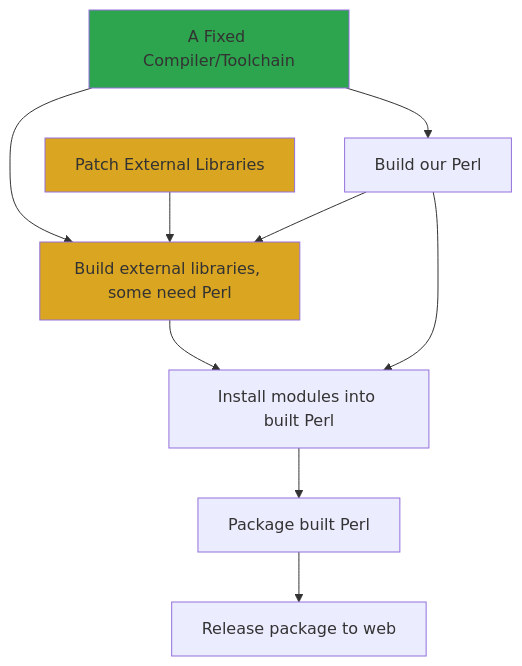
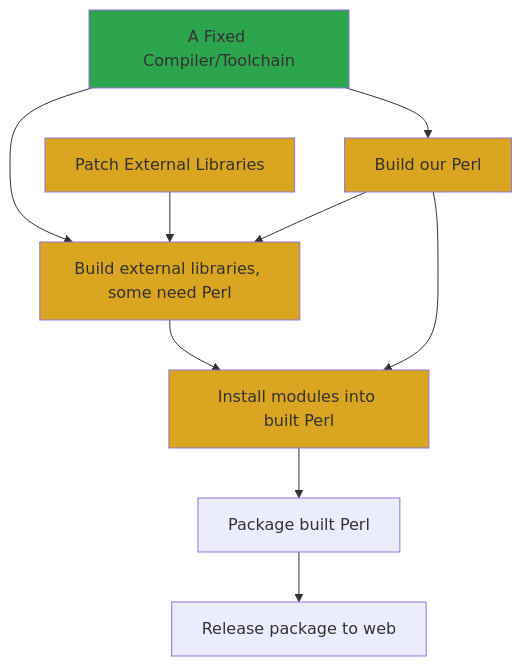
One commit to StrawberryPerl/spbuild changed the diagram in README.md. Above: the diagram before and after it, drawn with Mermaid.

Commit message:
Update progress indicator

````diff
--- a/README.md
+++ b/README.md
@@ -68,14 +68,16 @@
 ```mermaid
   graph TD;
       A[A Fixed Compiler/Toolchain]-->B[Build external libraries, some need Perl];
       E[Patch External Libraries]-->B;
       A-->C[Build our Perl];
       C-->B;
       B-->D[Install modules into built Perl];
       C-->D;
       D-->F[Package built Perl];
       F-->G[Release package to web];
 style A fill:#2da44e
 style B fill:#DAA520
+style C fill:#DAA520
+style D fill:#DAA520
 style E fill:#DAA520
 ```
````
